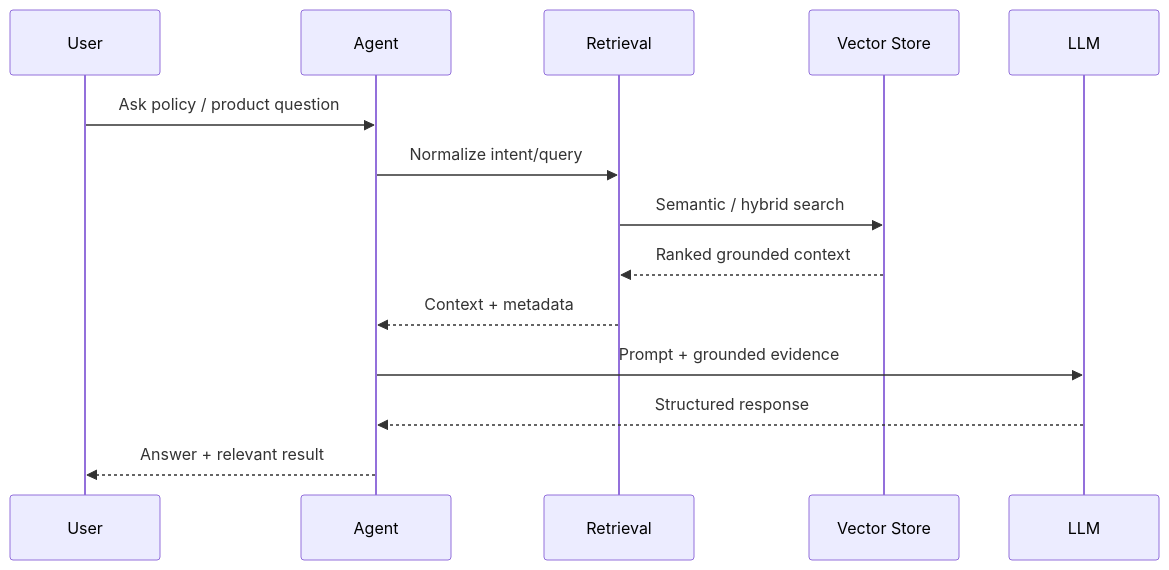
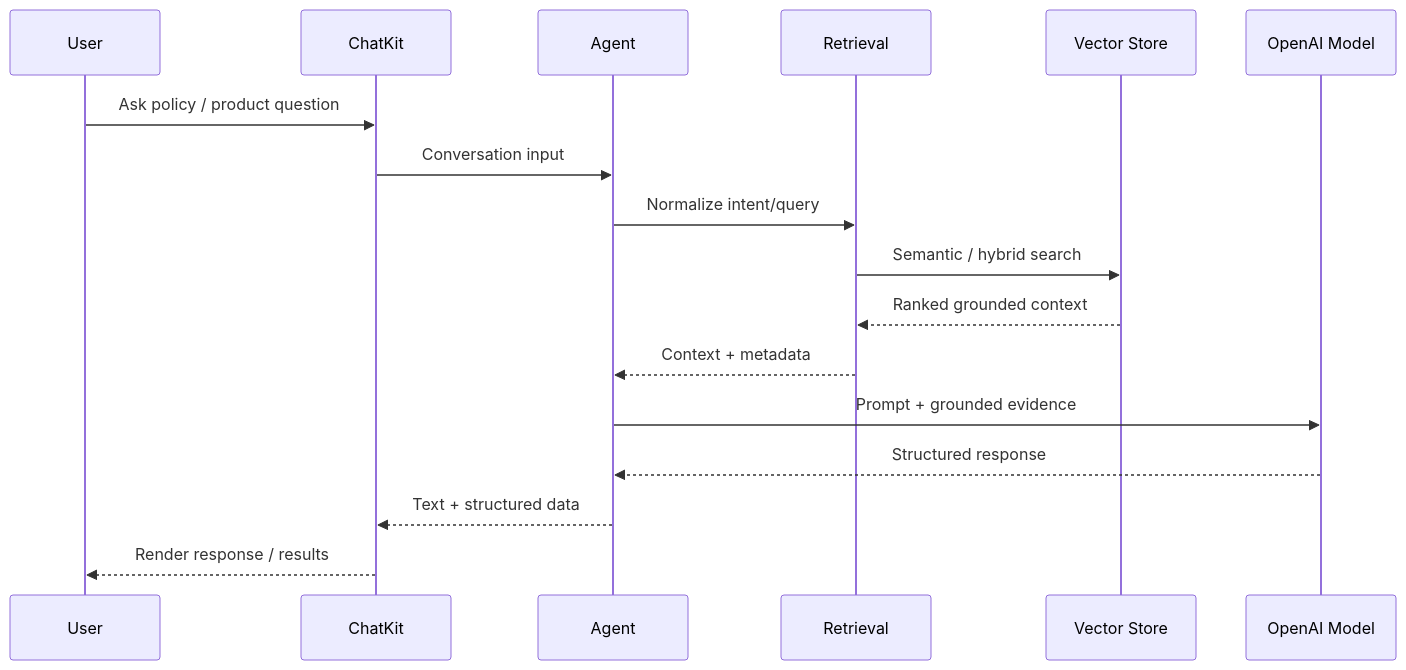
One commit to komatadi/engineering-portfolio changed the second of 2 diagrams in case-studies/agentic-commerce.md. Above: the diagram before and after it, drawn with Mermaid. The commit also changed other lines of this file, not shown here.

Commit message:
Add OpenAI ChatKit and Supabase architecture detail

````diff
--- a/case-studies/agentic-commerce.md
+++ b/case-studies/agentic-commerce.md
@@ -96,17 +103,20 @@
 ```mermaid
 sequenceDiagram
     participant U as User
+    participant UI as ChatKit
     participant A as Agent
     participant R as Retrieval
     participant V as Vector Store
-    participant L as LLM
+    participant L as OpenAI Model
 
-    U->>A: Ask policy / product question
+    U->>UI: Ask policy / product question
+    UI->>A: Conversation input
     A->>R: Normalize intent/query
     R->>V: Semantic / hybrid search
     V-->>R: Ranked grounded context
     R-->>A: Context + metadata
     A->>L: Prompt + grounded evidence
     L-->>A: Structured response
-    A-->>U: Answer + relevant result
+    A-->>UI: Text + structured data
+    UI-->>U: Render response / results
 ```
````
